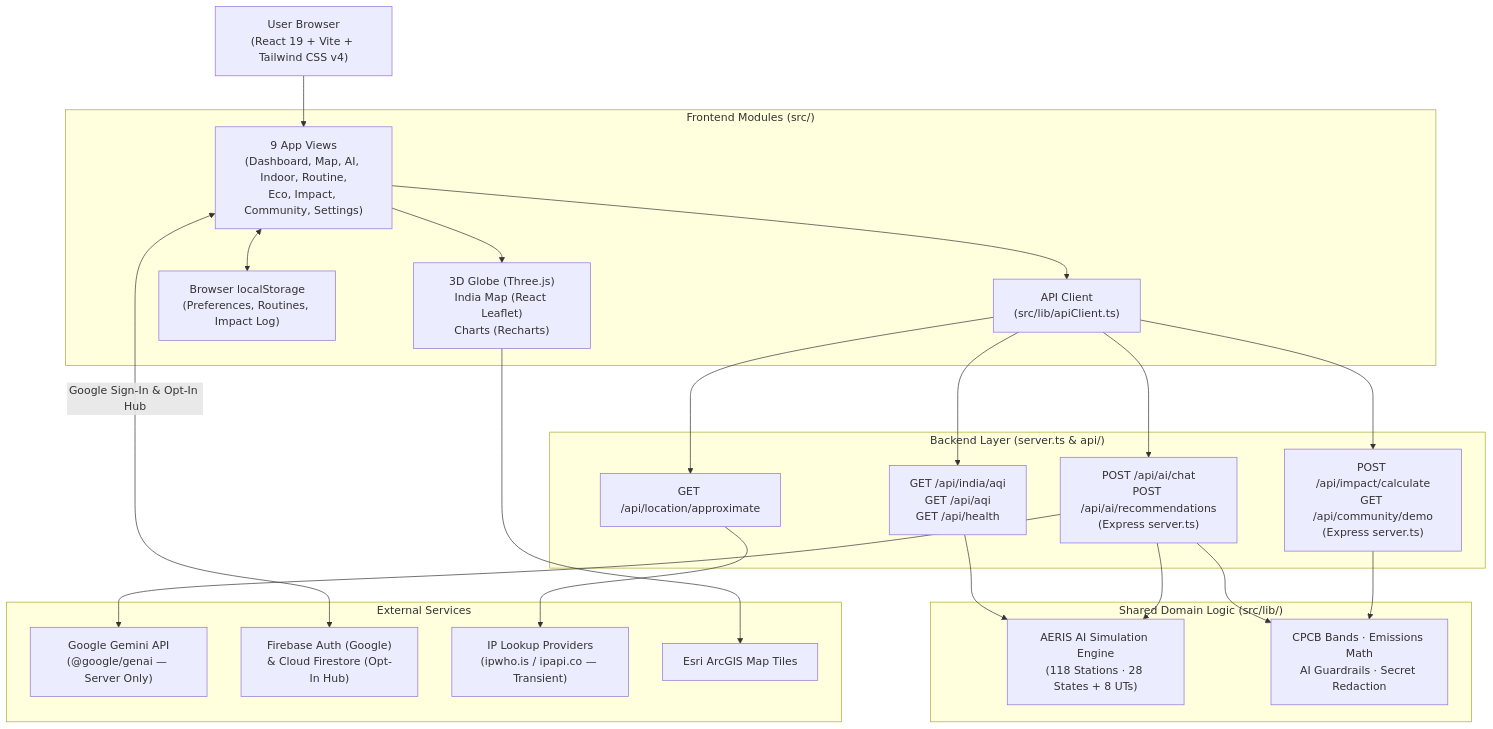
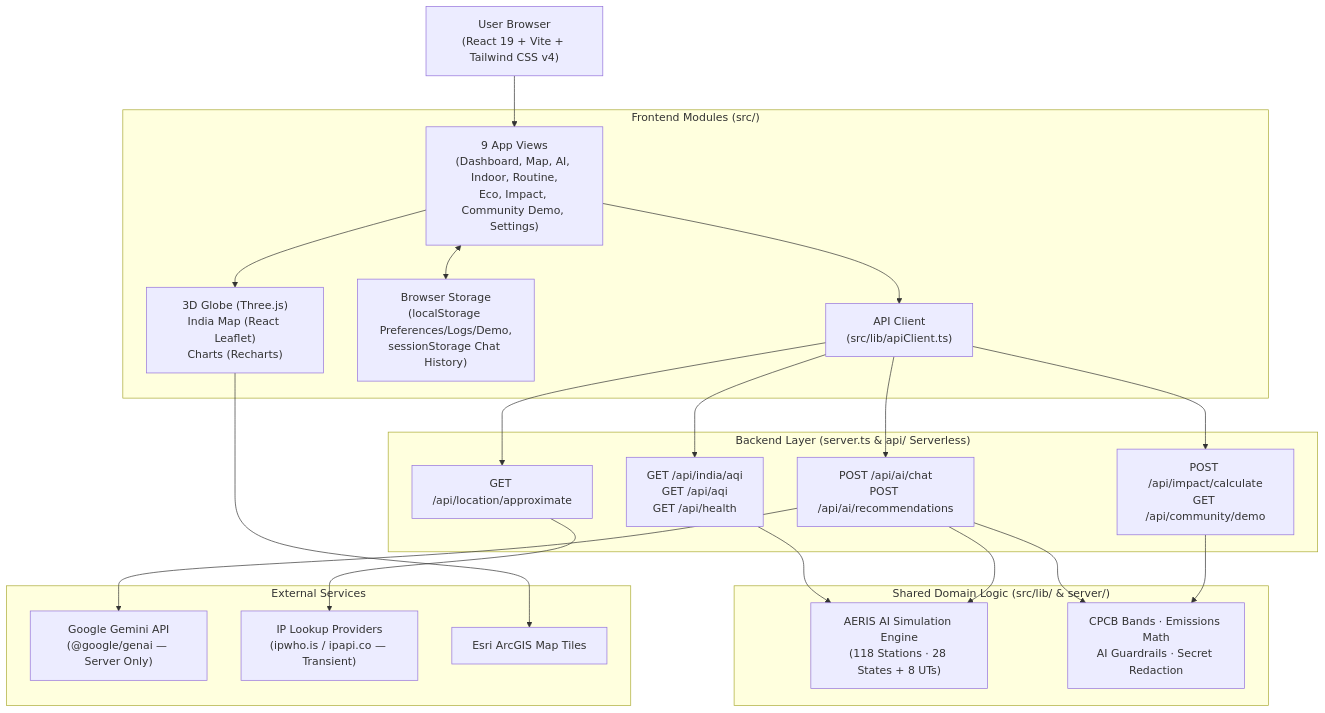
One commit to annanyabagga01/AERIS-AI changed the diagram in README.md. Above: the diagram before and after it, drawn with Mermaid. The commit also changed other lines of this file and 21 other files, not shown here.

````diff
--- a/README.md
+++ b/README.md
@@ -150,49 +125,47 @@
 ```mermaid
 flowchart TB
     User["User Browser\n(React 19 + Vite + Tailwind CSS v4)"]
 
     subgraph Frontend["Frontend Modules (src/)"]
-        UI["9 App Views\n(Dashboard, Map, AI, Indoor, Routine,\nEco, Impact, Community, Settings)"]
+        UI["9 App Views\n(Dashboard, Map, AI, Indoor, Routine,\nEco, Impact, Community Demo, Settings)"]
         Visuals["3D Globe (Three.js)\nIndia Map (React Leaflet)\nCharts (Recharts)"]
-        LocalStore["Browser localStorage\n(Preferences, Routines, Impact Log)"]
+        LocalStore["Browser Storage\n(localStorage Preferences/Logs/Demo,\nsessionStorage Chat History)"]
         ApiClient["API Client\n(src/lib/apiClient.ts)"]
     end
 
-    subgraph Backend["Backend Layer (server.ts & api/)"]
+    subgraph Backend["Backend Layer (server.ts & api/ Serverless)"]
         IndiaApi["GET /api/india/aqi\nGET /api/aqi\nGET /api/health"]
         LocApi["GET /api/location/approximate"]
-        AiApi["POST /api/ai/chat\nPOST /api/ai/recommendations\n(Express server.ts)"]
-        ExtraApi["POST /api/impact/calculate\nGET /api/community/demo\n(Express server.ts)"]
+        AiApi["POST /api/ai/chat\nPOST /api/ai/recommendations"]
+        ExtraApi["POST /api/impact/calculate\nGET /api/community/demo"]
     end
 
-    subgraph Shared["Shared Domain Logic (src/lib/)"]
+    subgraph Shared["Shared Domain Logic (src/lib/ & server/)"]
         SimEngine["AERIS AI Simulation Engine\n(118 Stations · 28 States + 8 UTs)"]
         Guardrails["CPCB Bands · Emissions Math\nAI Guardrails · Secret Redaction"]
     end
 
     subgraph External["External Services"]
         Gemini["Google Gemini API\n(@google/genai — Server Only)"]
-        Firebase["Firebase Auth (Google)\n& Cloud Firestore (Opt-In Hub)"]
         IpGeo["IP Lookup Providers\n(ipwho.is / ipapi.co — Transient)"]
         Esri["Esri ArcGIS Map Tiles"]
     end
 
     User --> UI
     UI --> Visuals
     UI <--> LocalStore
     UI --> ApiClient
     Visuals --> Esri
-    UI <-->|"Google Sign-In & Opt-In Hub"| Firebase
 
     ApiClient --> IndiaApi
     ApiClient --> LocApi
     ApiClient --> AiApi
     ApiClient --> ExtraApi
 
     IndiaApi --> SimEngine
     LocApi --> IpGeo
     AiApi --> SimEngine
     AiApi --> Guardrails
     AiApi --> Gemini
     ExtraApi --> Guardrails
 ```
````
